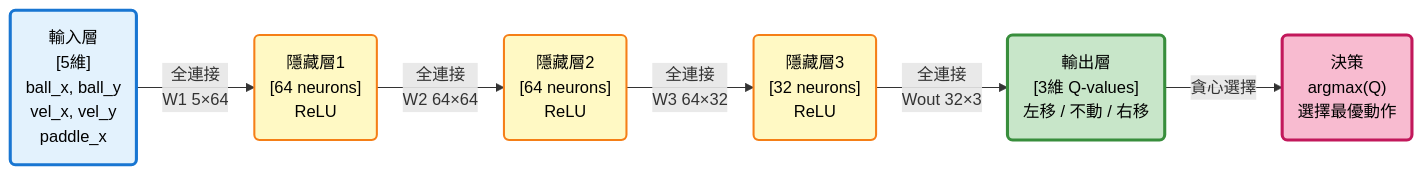
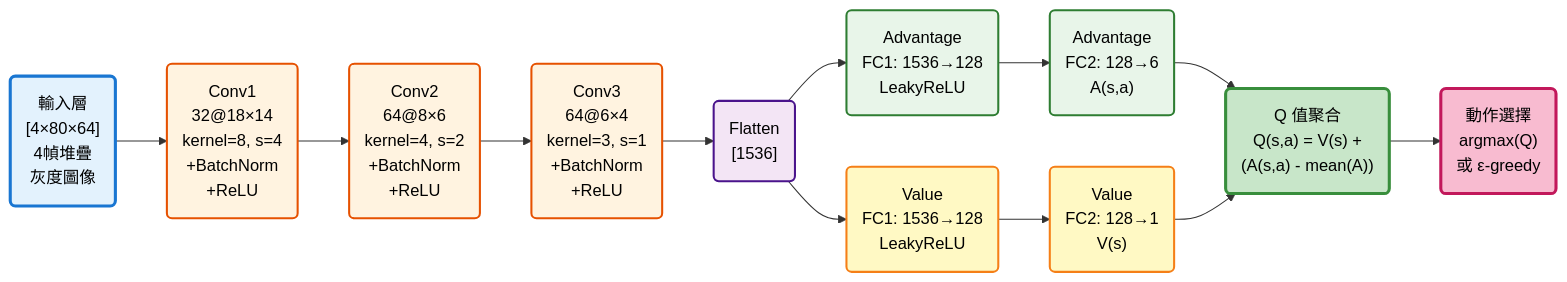
One commit to C111112104/ML_Game changed the seventh of 8 diagrams in doc/ping-pong-ai-project.md. Above: the diagram before and after it, drawn with Mermaid. The commit also changed other lines of this file, not shown here.

````diff
--- a/doc/ping-pong-ai-project.md
+++ b/doc/ping-pong-ai-project.md
@@ -393,27 +429,41 @@
 ```mermaid
 graph LR
-    I("輸入層<br/>[5維]<br/>ball_x, ball_y<br/>vel_x, vel_y<br/>paddle_x")
-    
-    H1("隱藏層1<br/>[64 neurons]<br/>ReLU")
-    
-    H2("隱藏層2<br/>[64 neurons]<br/>ReLU")
-    
-    H3("隱藏層3<br/>[32 neurons]<br/>ReLU")
-    
-    O("輸出層<br/>[3維 Q-values]<br/>左移 / 不動 / 右移")
-    
-    D("決策<br/>argmax(Q)<br/>選擇最優動作")
+    I("輸入層<br/>[4×80×64]<br/>4幀堆疊<br/>灰度圖像")
 
-    I -->|全連接<br/>W1 5×64| H1
-    H1 -->|全連接<br/>W2 64×64| H2
-    H2 -->|全連接<br/>W3 64×32| H3
-    H3 -->|全連接<br/>Wout 32×3| O
-    O -->|貪心選擇| D
+    C1("Conv1<br/>32@18×14<br/>kernel=8, s=4<br/>+BatchNorm<br/>+ReLU")
+
+    C2("Conv2<br/>64@8×6<br/>kernel=4, s=2<br/>+BatchNorm<br/>+ReLU")
+
+    C3("Conv3<br/>64@6×4<br/>kernel=3, s=1<br/>+BatchNorm<br/>+ReLU")
+
+    F("Flatten<br/>[1536]")
+
+    A1("Advantage<br/>FC1: 1536→128<br/>LeakyReLU")
+    A2("Advantage<br/>FC2: 128→6<br/>A(s,a)")
+
+    V1("Value<br/>FC1: 1536→128<br/>LeakyReLU")
+    V2("Value<br/>FC2: 128→1<br/>V(s)")
+
+    Q("Q 值聚合<br/>Q(s,a) = V(s) +<br/>(A(s,a) - mean(A))")
+
+    D("動作選擇<br/>argmax(Q)<br/>或 ε-greedy")
+
+    I --> C1 --> C2 --> C3 --> F
+    F --> A1 --> A2
+    F --> V1 --> V2
+    A2 --> Q
+    V2 --> Q
+    Q --> D
 
     style I fill:#e3f2fd,stroke:#1976d2,stroke-width:3px,color:#000
-    style H1 fill:#fff9c4,stroke:#f57f17,stroke-width:2px,color:#000
-    style H2 fill:#fff9c4,stroke:#f57f17,stroke-width:2px,color:#000
-    style H3 fill:#fff9c4,stroke:#f57f17,stroke-width:2px,color:#000
-    style O fill:#c8e6c9,stroke:#388e3c,stroke-width:3px,color:#000
+    style C1 fill:#fff3e0,stroke:#e65100,stroke-width:2px,color:#000
+    style C2 fill:#fff3e0,stroke:#e65100,stroke-width:2px,color:#000
+    style C3 fill:#fff3e0,stroke:#e65100,stroke-width:2px,color:#000
+    style F fill:#f3e5f5,stroke:#4a148c,stroke-width:2px,color:#000
+    style A1 fill:#e8f5e9,stroke:#2e7d32,stroke-width:2px,color:#000
+    style A2 fill:#e8f5e9,stroke:#2e7d32,stroke-width:2px,color:#000
+    style V1 fill:#fff9c4,stroke:#f57f17,stroke-width:2px,color:#000
+    style V2 fill:#fff9c4,stroke:#f57f17,stroke-width:2px,color:#000
+    style Q fill:#c8e6c9,stroke:#388e3c,stroke-width:3px,color:#000
     style D fill:#f8bbd0,stroke:#c2185b,stroke-width:3px,color:#000
 ```
````
